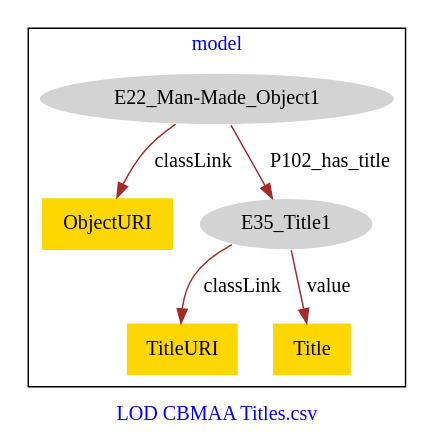
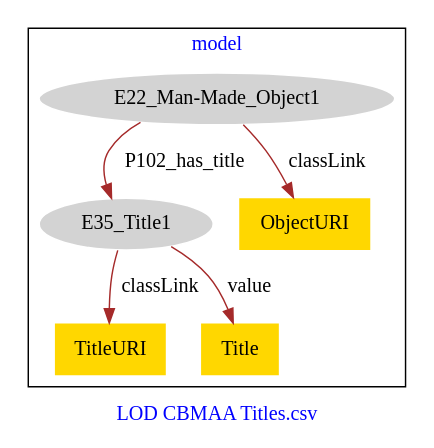
Before and after one commit to american-art/cbm: the diagram in CBMAA_UnknownTitles/CBMAA_UnknownTitles-model.dot, drawn with Graphviz.

Commit message:
Update file CBMAA_UnknownTitles-model.dot

```diff
--- a/CBMAA_UnknownTitles/CBMAA_UnknownTitles-model.dot
+++ b/CBMAA_UnknownTitles/CBMAA_UnknownTitles-model.dot
@@ -1,17 +1,17 @@
 digraph n0 {
 fontcolor="blue"
 remincross="true"
 label="LOD CBMAA Titles.csv"
 subgraph cluster {
 label="model"
 n2[style="filled",color="white",fillcolor="lightgray",label="E22_Man-Made_Object1"];
-n3[shape="plaintext",style="filled",fillcolor="gold",label="ObjectURI"];
-n4[style="filled",color="white",fillcolor="lightgray",label="E35_Title1"];
-n5[shape="plaintext",style="filled",fillcolor="gold",label="TitleURI"];
+n3[style="filled",color="white",fillcolor="lightgray",label="E35_Title1"];
+n4[shape="plaintext",style="filled",fillcolor="gold",label="TitleURI"];
+n5[shape="plaintext",style="filled",fillcolor="gold",label="ObjectURI"];
 n6[shape="plaintext",style="filled",fillcolor="gold",label="Title"];
 }
-n2 -> n3[color="brown",fontcolor="black",label="classLink"]
-n2 -> n4[color="brown",fontcolor="black",label="P102_has_title"]
-n4 -> n5[color="brown",fontcolor="black",label="classLink"]
-n4 -> n6[color="brown",fontcolor="black",label="value"]
+n2 -> n3[color="brown",fontcolor="black",label="P102_has_title"]
+n3 -> n4[color="brown",fontcolor="black",label="classLink"]
+n2 -> n5[color="brown",fontcolor="black",label="classLink"]
+n3 -> n6[color="brown",fontcolor="black",label="value"]
 }
```
